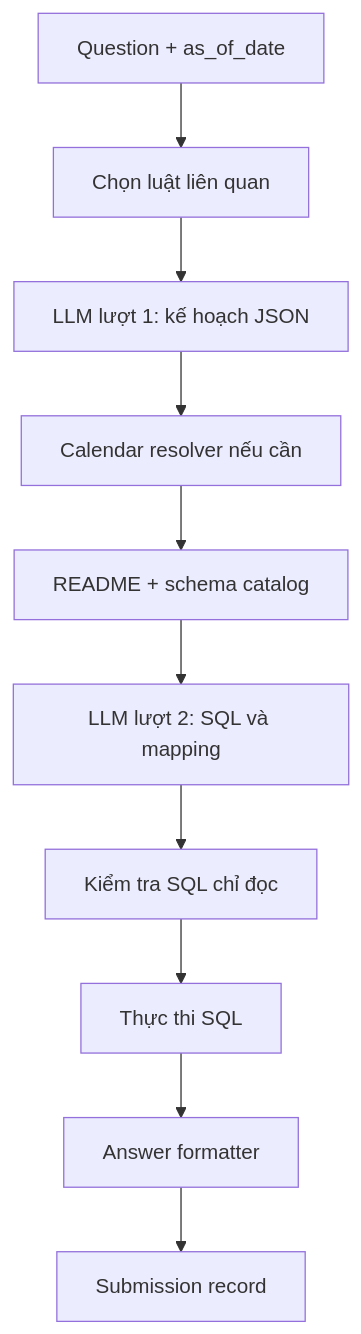
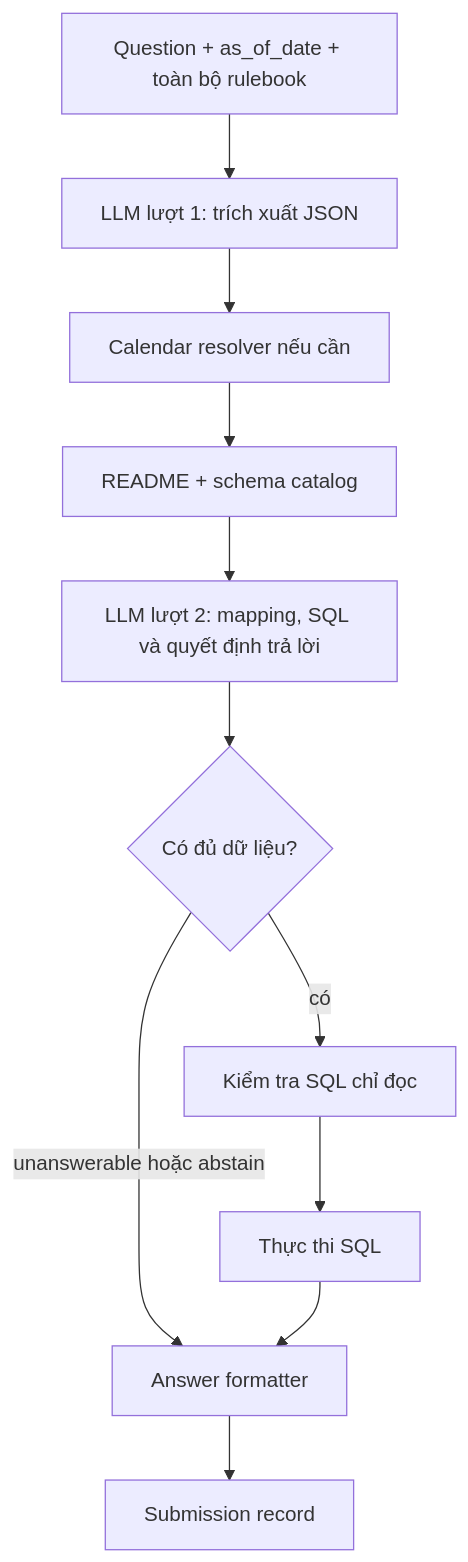
Before and after one commit to ToiLaKiet/datamate: the fourth of 6 diagrams in docs/ARCHITECTURE.md, drawn with Mermaid. The commit also changed other lines of this file and 10 other files, not shown here.

````diff
--- a/docs/ARCHITECTURE.md
+++ b/docs/ARCHITECTURE.md
@@ -47,12 +48,13 @@
 ```mermaid
 flowchart TD
-    A[Question + as_of_date] --> B[Chọn luật liên quan]
-    B --> C[LLM lượt 1: kế hoạch JSON]
-    C --> D[Calendar resolver nếu cần]
+    A[Question + as_of_date + toàn bộ rulebook] --> B[LLM lượt 1: trích xuất JSON]
+    B --> D[Calendar resolver nếu cần]
     D --> E[README + schema catalog]
-    E --> F[LLM lượt 2: SQL và mapping]
-    F --> G[Kiểm tra SQL chỉ đọc]
+    E --> F[LLM lượt 2: mapping, SQL và quyết định trả lời]
+    F --> K{Có đủ dữ liệu?}
+    K -->|unanswerable hoặc abstain| I[Answer formatter]
+    K -->|có| G[Kiểm tra SQL chỉ đọc]
     G --> H[Thực thi SQL]
     H --> I[Answer formatter]
     I --> J[Submission record]
 ```
````
